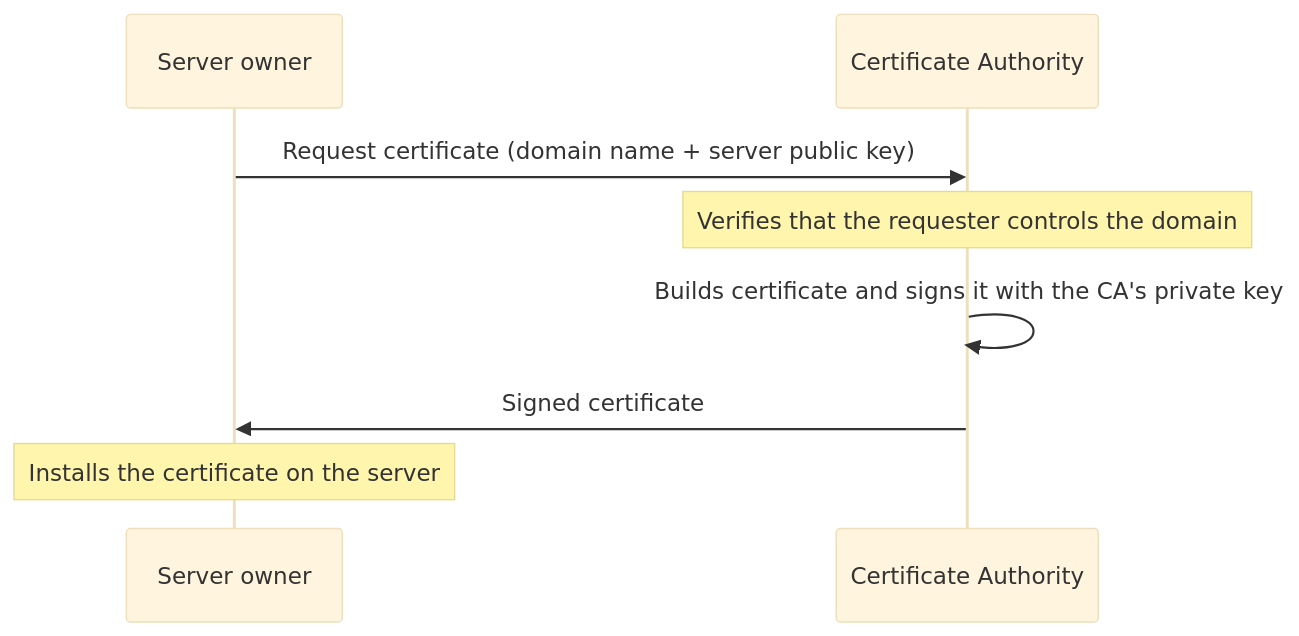
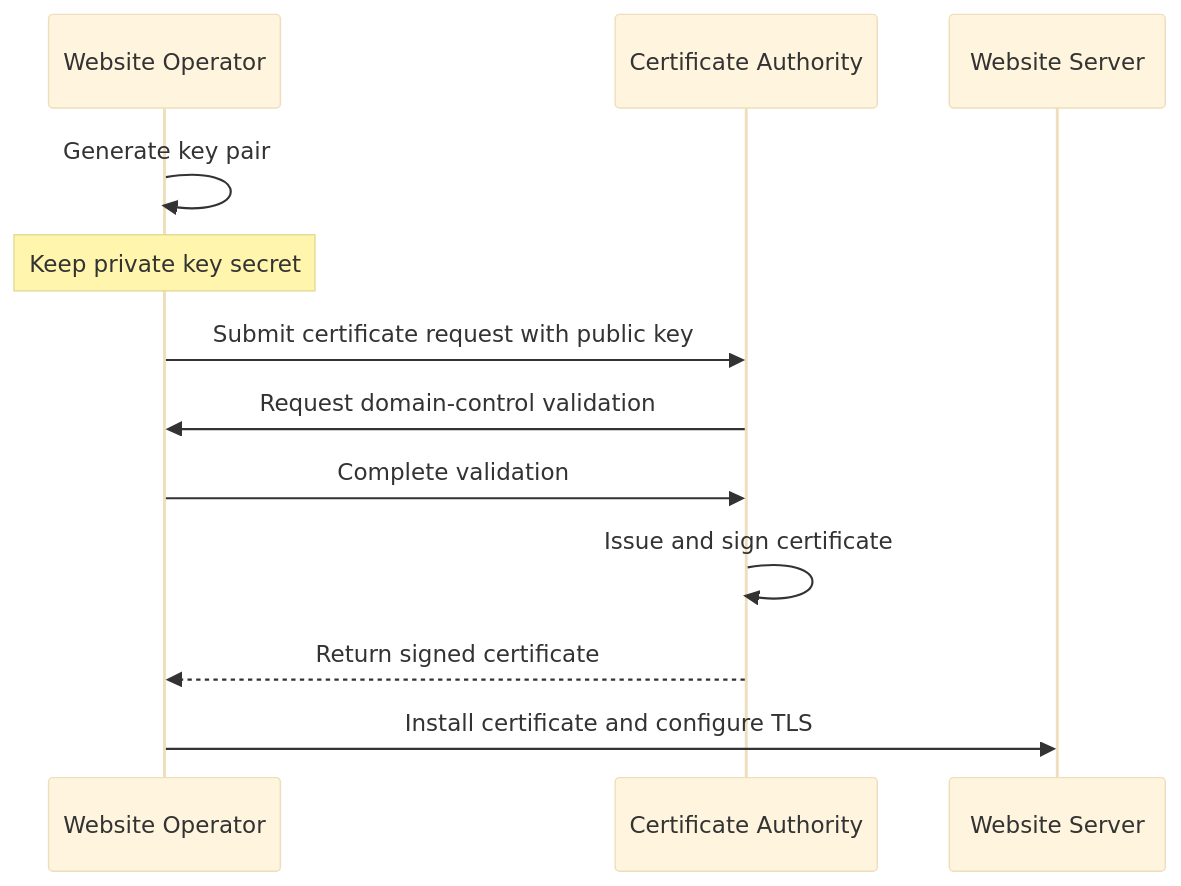
One commit to HARRISAMIN432/system-design-hld changed the ninth of 13 diagrams in 13_How_HTTPs_Works/README.md. Above: the diagram before and after it, drawn with Mermaid (base theme). The commit also changed other lines of this file and 11 other files, not shown here.

````diff
--- a/13_How_HTTPs_Works/README.md
+++ b/13_How_HTTPs_Works/README.md
@@ -192,10 +495,15 @@
 ```mermaid
 sequenceDiagram
-    participant O as Server owner
+    participant O as Website Operator
     participant CA as Certificate Authority
-    O->>CA: Request certificate (domain name + server public key)
-    Note over CA: Verifies that the requester controls the domain
-    CA->>CA: Builds certificate and signs it with the CA's private key
-    CA->>O: Signed certificate
-    Note over O: Installs the certificate on the server
+    participant S as Website Server
+
+    O->>O: Generate key pair
+    Note over O: Keep private key secret
+    O->>CA: Submit certificate request with public key
+    CA->>O: Request domain-control validation
+    O->>CA: Complete validation
+    CA->>CA: Issue and sign certificate
+    CA-->>O: Return signed certificate
+    O->>S: Install certificate and configure TLS
 ```
````
